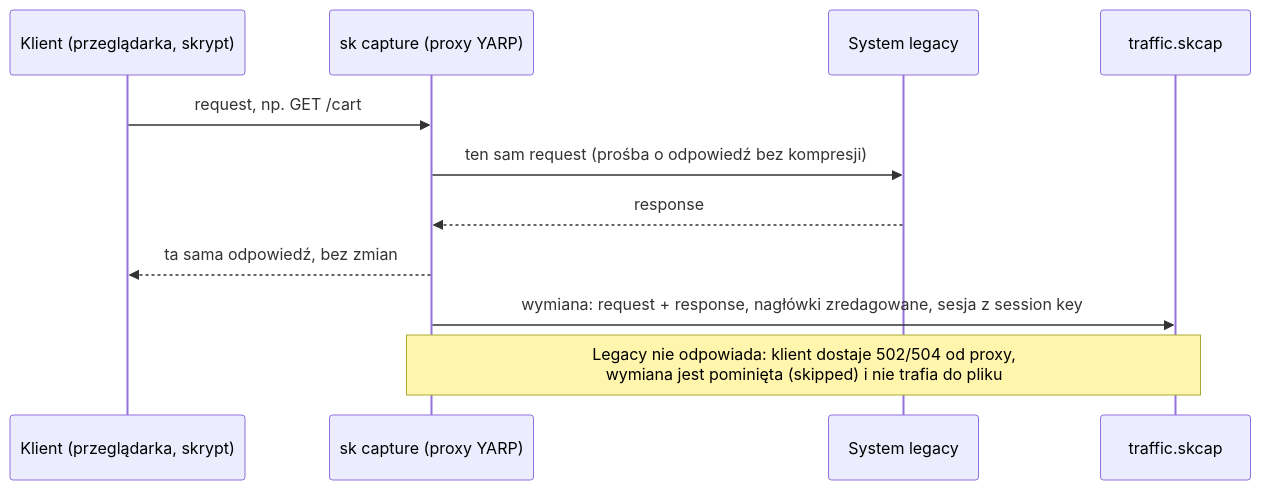
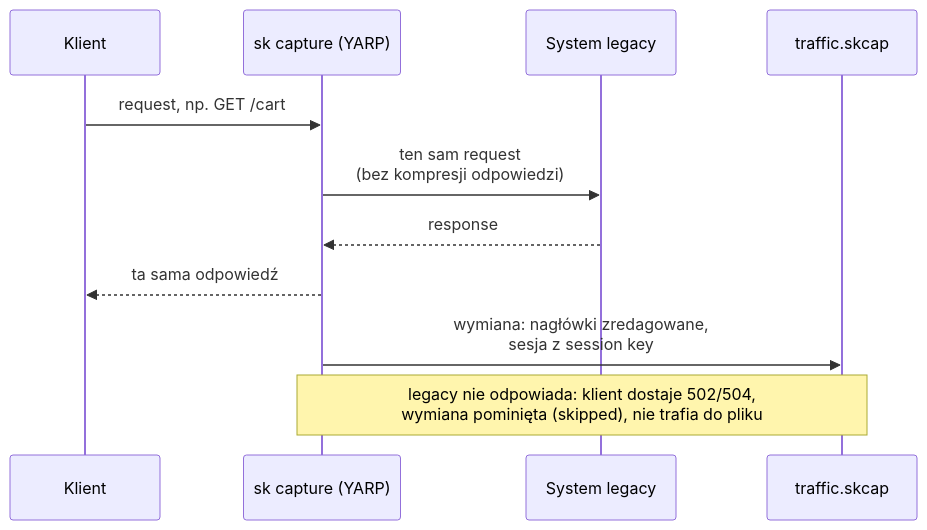
Before and after one commit to konradcinkusz/letsgolegacy.secondkey: the diagram in docs/diagrams/a3-sekwencja-capture.mmd, drawn with Mermaid. The commit also changed 23 other files, not shown here.

First line of the commit message:
Framework documentation: every chapter, and diagrams sized for the page

```diff
--- a/docs/diagrams/a3-sekwencja-capture.mmd
+++ b/docs/diagrams/a3-sekwencja-capture.mmd
@@ -1,11 +1,11 @@
 sequenceDiagram
-  participant K as Klient (przeglądarka, skrypt)
-  participant P as sk capture (proxy YARP)
+  participant K as Klient
+  participant P as sk capture (YARP)
   participant L as System legacy
   participant F as traffic.skcap
   K->>P: request, np. GET /cart
-  P->>L: ten sam request (prośba o odpowiedź bez kompresji)
+  P->>L: ten sam request<br/>(bez kompresji odpowiedzi)
   L-->>P: response
-  P-->>K: ta sama odpowiedź, bez zmian
-  P->>F: wymiana: request + response, nagłówki zredagowane, sesja z session key
-  Note over P,F: Legacy nie odpowiada: klient dostaje 502/504 od proxy,<br/>wymiana jest pominięta (skipped) i nie trafia do pliku
+  P-->>K: ta sama odpowiedź
+  P->>F: wymiana: nagłówki zredagowane,<br/>sesja z session key
+  Note over P,F: legacy nie odpowiada: klient dostaje 502/504,<br/>wymiana pominięta (skipped), nie trafia do pliku
```
